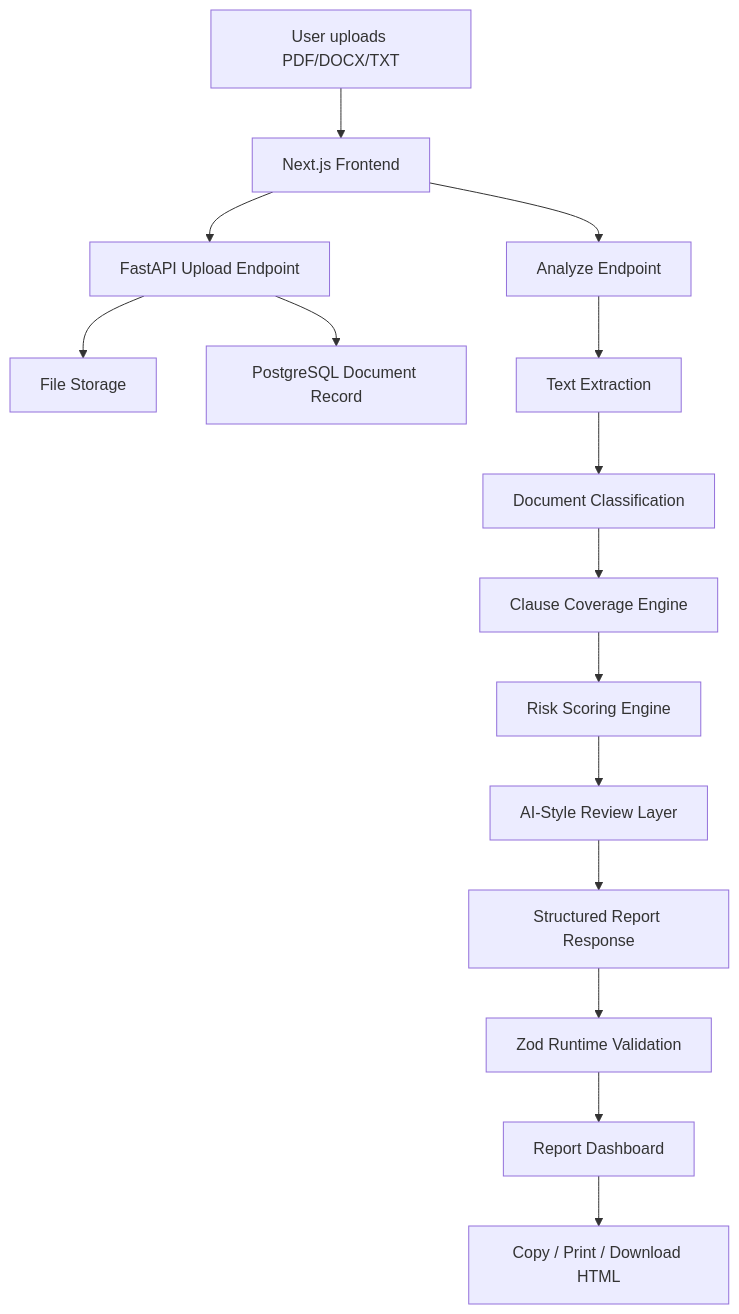
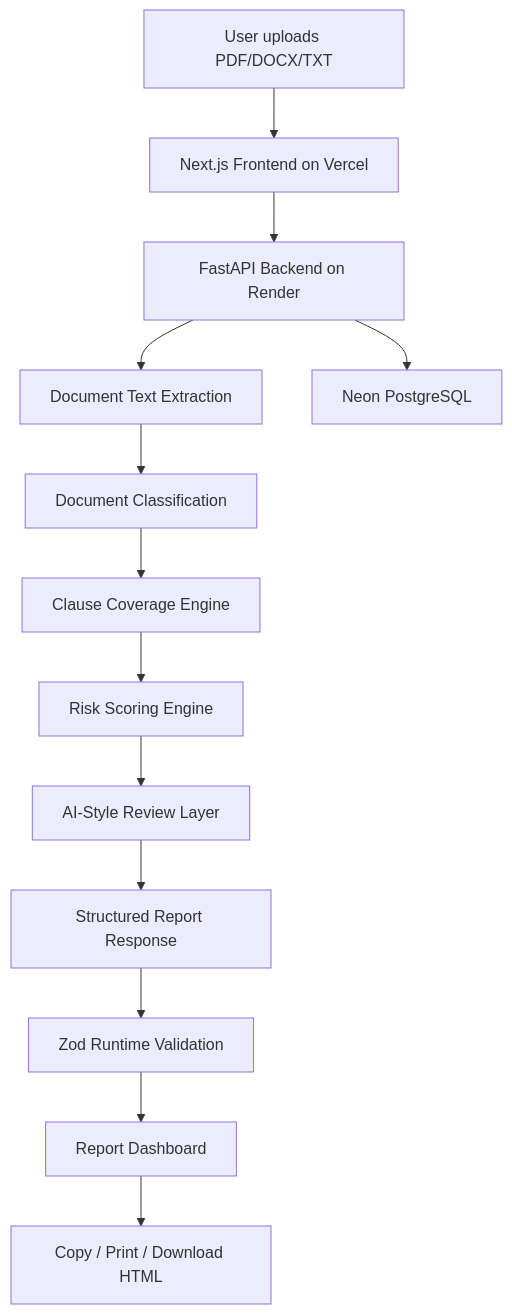
One commit to stomarp/docusense-ai changed the diagram in README.md. Above: the diagram before and after it, drawn with Mermaid. The commit also changed other lines of this file and 2 other files, not shown here.

````diff
--- a/README.md
+++ b/README.md
@@ -104,19 +81,15 @@
 ```mermaid
 flowchart TD
-    A[User uploads PDF/DOCX/TXT] --> B[Next.js Frontend]
-    B --> C[FastAPI Upload Endpoint]
-    C --> D[File Storage]
-    C --> E[PostgreSQL Document Record]
-
-    B --> F[Analyze Endpoint]
-    F --> G[Text Extraction]
-    G --> H[Document Classification]
-    H --> I[Clause Coverage Engine]
-    I --> J[Risk Scoring Engine]
-    J --> K[AI-Style Review Layer]
-    K --> L[Structured Report Response]
-
-    L --> M[Zod Runtime Validation]
-    M --> N[Report Dashboard]
-    N --> O[Copy / Print / Download HTML]
+    A[User uploads PDF/DOCX/TXT] --> B[Next.js Frontend on Vercel]
+    B --> C[FastAPI Backend on Render]
+    C --> D[Document Text Extraction]
+    D --> E[Document Classification]
+    E --> F[Clause Coverage Engine]
+    F --> G[Risk Scoring Engine]
+    G --> H[AI-Style Review Layer]
+    H --> I[Structured Report Response]
+    I --> J[Zod Runtime Validation]
+    J --> K[Report Dashboard]
+    K --> L[Copy / Print / Download HTML]
+    C --> M[Neon PostgreSQL]
 ```
````
